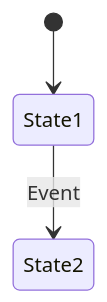
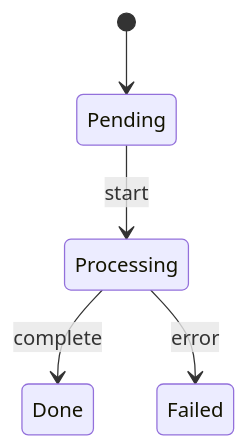
One commit to acking-you/myclaude-skills changed the third of 3 diagrams in skills/tech-design-doc/SKILL.md. Above: the diagram before and after it, drawn with Mermaid. The commit also changed other lines of this file and 2 other files, not shown here.

````diff
--- a/skills/tech-design-doc/SKILL.md
+++ b/skills/tech-design-doc/SKILL.md
@@ -152,5 +140,7 @@
 ```mermaid
 stateDiagram-v2
-    [*] --> State1
-    State1 --> State2: Event
+    [*] --> Pending
+    Pending --> Processing: start
+    Processing --> Done: complete
+    Processing --> Failed: error
 ```
````
